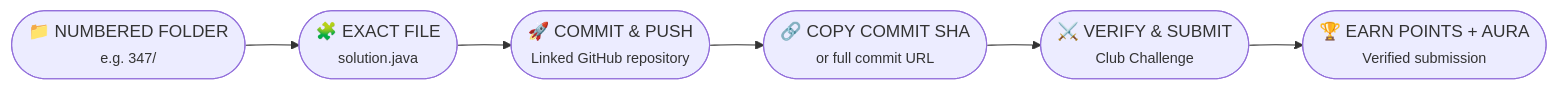
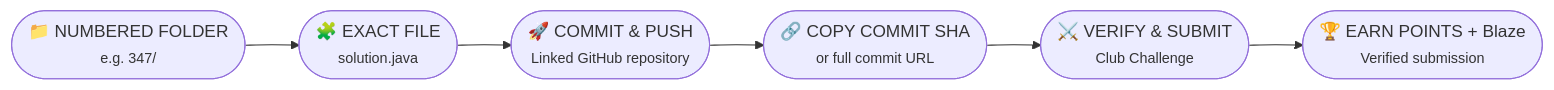
Before and after one commit to Technovation-ABES/DSAvation: the second of 3 diagrams in README.md, drawn with Mermaid. The commit also changed other lines of this file, not shown here.

````diff
--- a/README.md
+++ b/README.md
@@ -192,8 +192,8 @@
 ```mermaid
 flowchart LR
     A(["📁 NUMBERED FOLDER<br/><small>e.g. 347/</small>"]) --> B(["🧩 EXACT FILE<br/><small>solution.java</small>"])
     B --> C(["🚀 COMMIT & PUSH<br/><small>Linked GitHub repository</small>"])
     C --> D(["🔗 COPY COMMIT SHA<br/><small>or full commit URL</small>"])
     D --> E(["⚔️ VERIFY & SUBMIT<br/><small>Club Challenge</small>"])
-    E --> F(["🏆 EARN POINTS + AURA<br/><small>Verified submission</small>"])
+    E --> F(["🏆 EARN POINTS + Blaze<br/><small>Verified submission</small>"])
 ```
````
